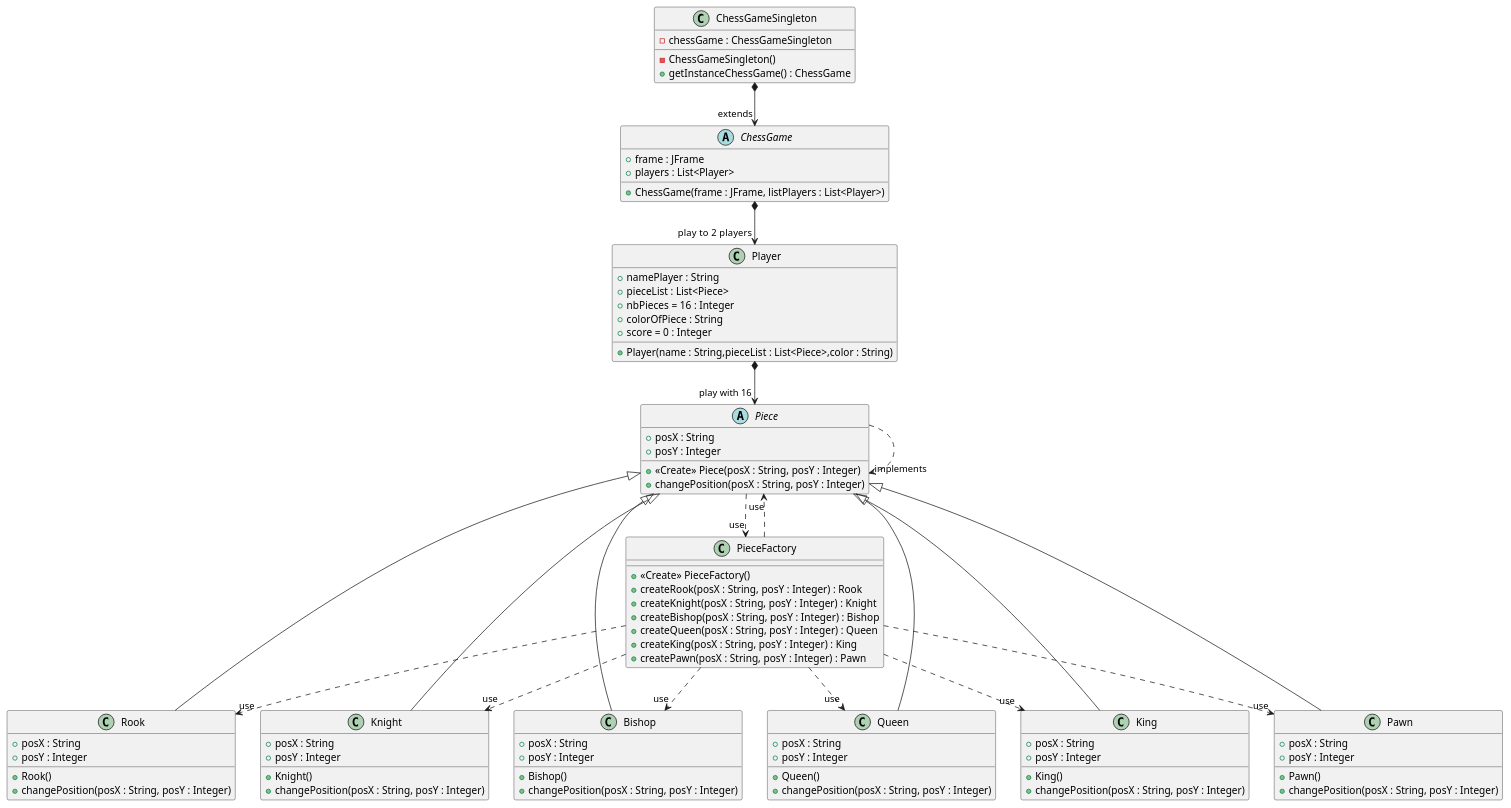
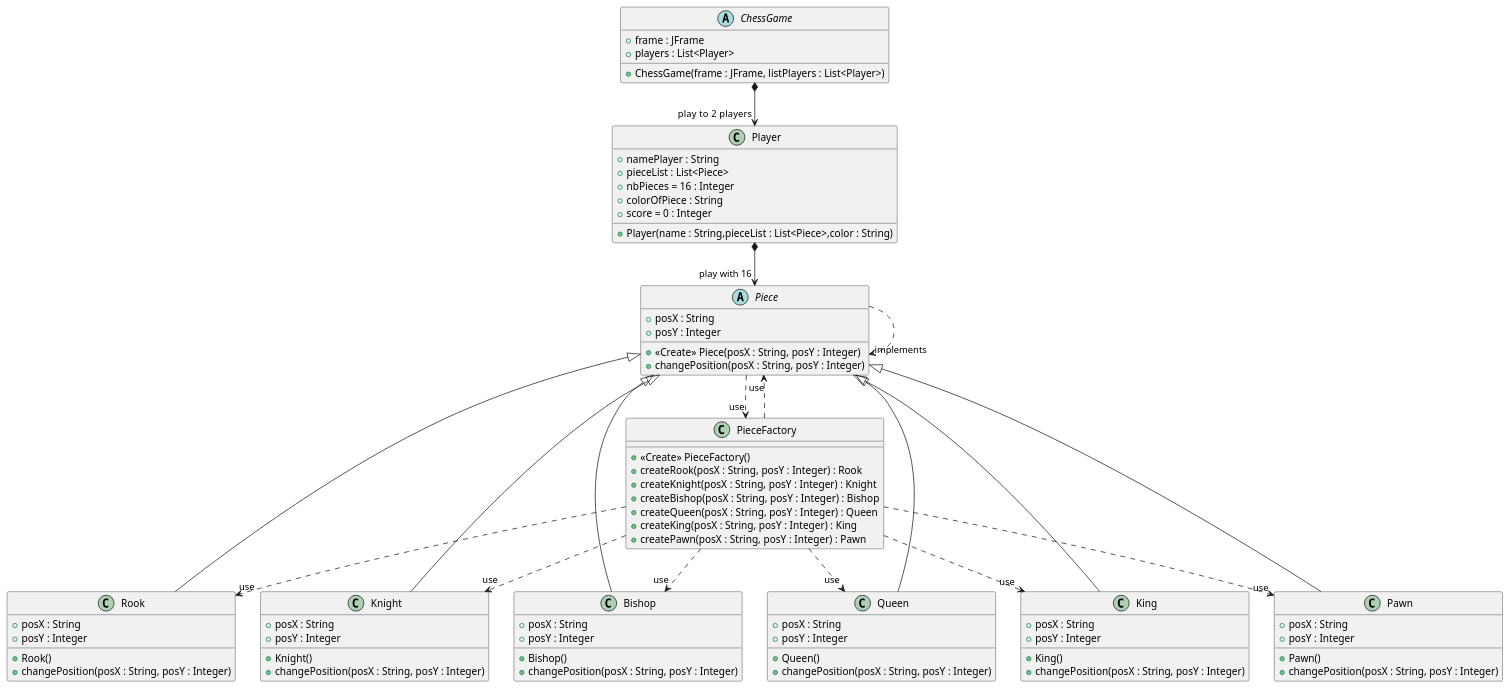
The diagram in rendu1/uml/ChessGame.puml (oceanedruenne/chess-game), drawn with PlantUML before and after one commit. The commit also changed 15 other files, not shown here.

```diff
--- a/rendu1/uml/ChessGame.puml
+++ b/rendu1/uml/ChessGame.puml
@@ -1,115 +1,109 @@
 @startuml
 'https://plantuml.com/class-diagram
-class ChessGameSingleton {
-    - chessGame : ChessGameSingleton
-    - ChessGameSingleton()
-    + getInstanceChessGame() : ChessGame
-}
 
 abstract class ChessGame
 {
      + frame : JFrame
      + players : List<Player>
      + ChessGame(frame : JFrame, listPlayers : List<Player>)
 }
 
 class Player {
     + namePlayer : String
     + pieceList : List<Piece>
     + nbPieces = 16 : Integer
     + colorOfPiece : String
     + score = 0 : Integer
     + Player(name : String,pieceList : List<Piece>,color : String)
 }
 
 
 abstract class Piece
 {
     + posX : String
     + posY : Integer
     + <<Create>> Piece(posX : String, posY : Integer)
     + changePosition(posX : String, posY : Integer)
 }
 
 class PieceFactory
 {
     + <<Create>> PieceFactory()
     + createRook(posX : String, posY : Integer) : Rook
     + createKnight(posX : String, posY : Integer) : Knight
     + createBishop(posX : String, posY : Integer) : Bishop
     + createQueen(posX : String, posY : Integer) : Queen
     + createKing(posX : String, posY : Integer) : King
     + createPawn(posX : String, posY : Integer) : Pawn
 }
 
 class Rook
 {
    + posX : String
    + posY : Integer
    + Rook()
    + changePosition(posX : String, posY : Integer)
 }
 
 class Knight
 {
     + posX : String
     + posY : Integer
     + Knight()
     + changePosition(posX : String, posY : Integer)
 }
 
 class Bishop
 {
     + posX : String
     + posY : Integer
     + Bishop()
     + changePosition(posX : String, posY : Integer)
 }
 
 class Queen
 {
     + posX : String
     + posY : Integer
     + Queen()
     + changePosition(posX : String, posY : Integer)
 }
 
 class King
 {
     + posX : String
     + posY : Integer
     + King()
     + changePosition(posX : String, posY : Integer)
 }
 
 class Pawn
 {
     + posX : String
     + posY : Integer
     + Pawn()
     + changePosition(posX : String, posY : Integer)
 }
 
 Piece -.> "implements" Piece
 Piece -.> "use" PieceFactory
 PieceFactory -.> "use" Piece
 PieceFactory -.> "use" Rook
 PieceFactory -.> "use" Knight
 PieceFactory -.> "use" Bishop
 PieceFactory -.> "use" Queen
 PieceFactory -.> "use" King
 PieceFactory -.> "use" Pawn
 
 Rook --|> Piece
 Knight --|> Piece
 Bishop --|> Piece
 Queen --|> Piece
 King --|> Piece
 Pawn --|> Piece
 
 ChessGame *--> "play to  2 players" Player
 Player *--> "play with 16" Piece
-ChessGameSingleton *--> "extends" ChessGame
 
 
 @enduml
```
